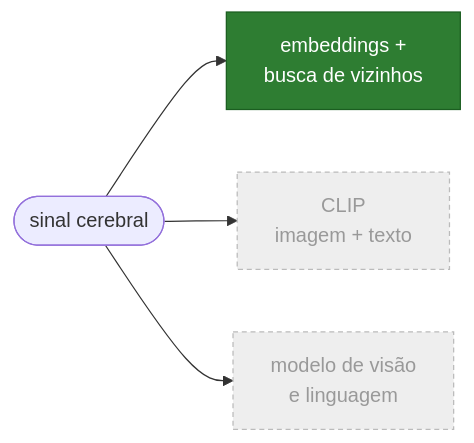
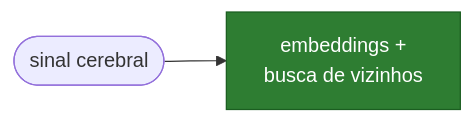
Before and after one commit to kafb04/data-engineering-multimodal-ai: the sixth of 8 diagrams in README.md, drawn with Mermaid. The commit also changed other lines of this file, not shown here.

````diff
--- a/README.md
+++ b/README.md
@@ -188,8 +188,5 @@
 ```mermaid
 flowchart LR
     Q(["sinal cerebral"]) --> O1["embeddings +<br/>busca de vizinhos"]:::sim
-    Q --> O2["CLIP<br/>imagem + texto"]:::nao
-    Q --> O3["modelo de visão<br/>e linguagem"]:::nao
     classDef sim fill:#2E7D32,color:#fff,stroke:#1B5E20
-    classDef nao fill:#EEEEEE,color:#999,stroke:#BBBBBB,stroke-dasharray:4 3
 ```
````
